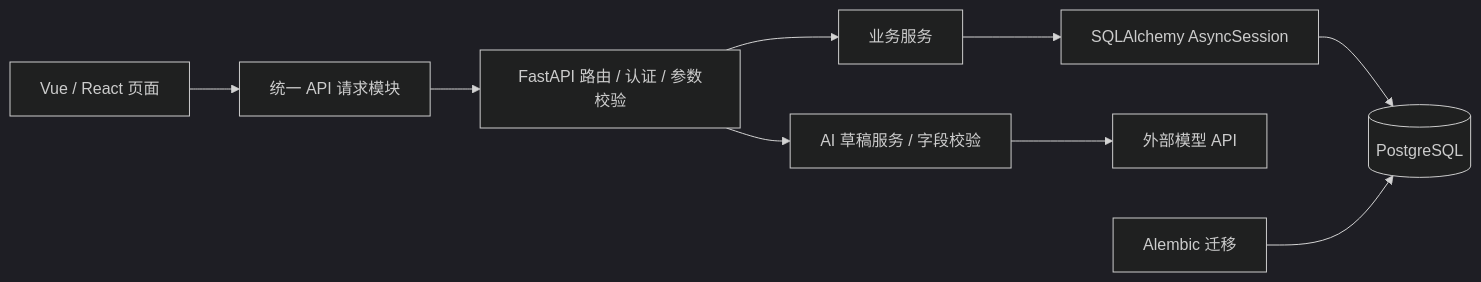
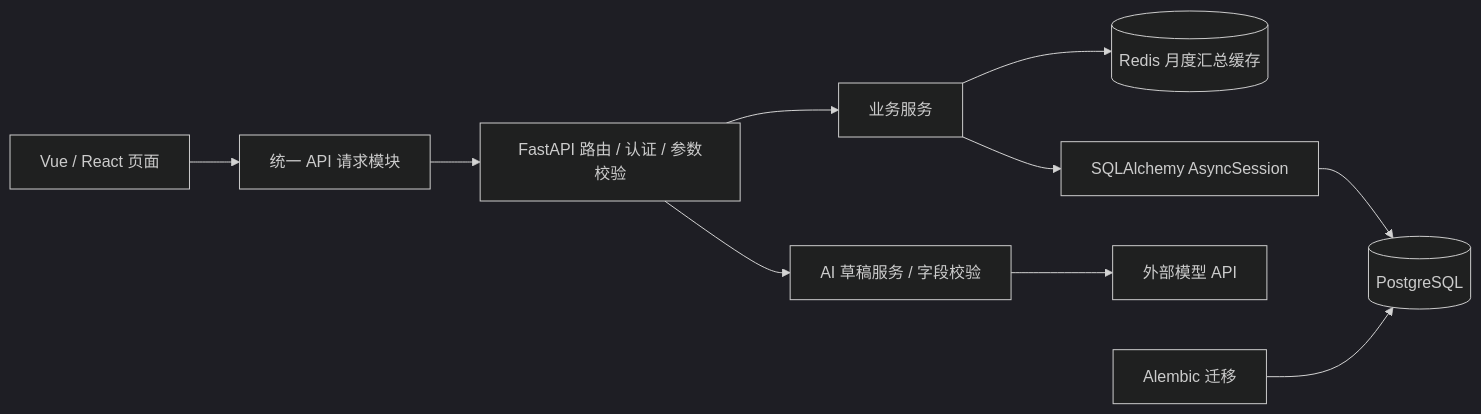
The diagram in README.md (8ight1een/-Tallywise), drawn with Mermaid (dark theme) before and after one commit. The commit also changed other lines of this file, not shown here.

Commit message:
docs: 同步多笔 AI 草稿与 Redis 缓存说明

````diff
--- a/README.md
+++ b/README.md
@@ -38,11 +40,12 @@
 ```mermaid
 flowchart LR
     UI[Vue / React 页面] --> Client[统一 API 请求模块]
     Client --> Routes[FastAPI 路由 / 认证 / 参数校验]
     Routes --> Services[业务服务]
+    Services --> Cache[(Redis 月度汇总缓存)]
     Services --> ORM[SQLAlchemy AsyncSession]
     ORM --> PG[(PostgreSQL)]
     Routes --> Draft[AI 草稿服务 / 字段校验]
     Draft --> Model[外部模型 API]
     Migration[Alembic 迁移] --> PG
 ```
````
